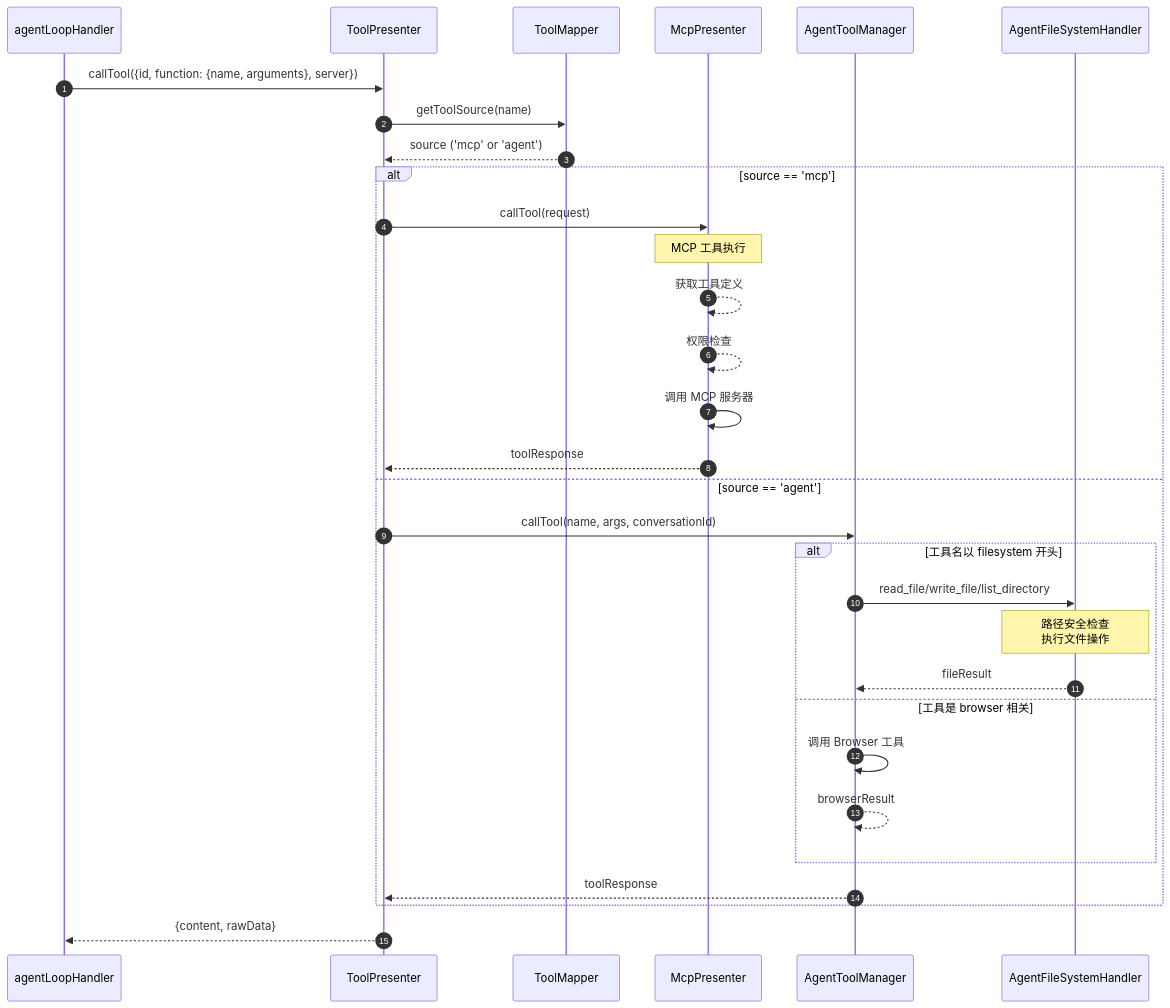
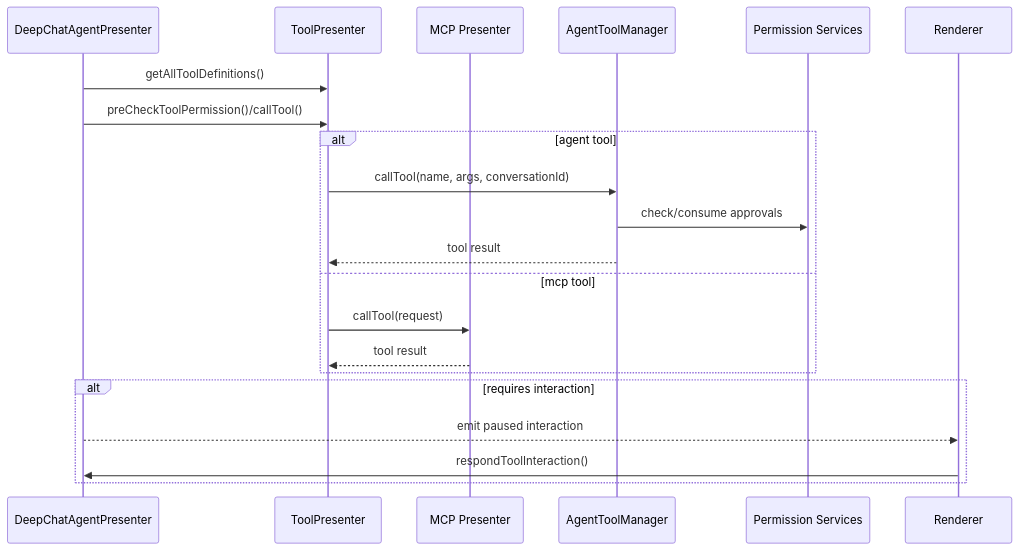
The third of 5 diagrams in docs/FLOWS.md (ThinkInAIXYZ/deepchat), drawn with Mermaid before and after one commit. The commit also changed other lines of this file and 116 other files, not shown here.

````diff
--- a/docs/FLOWS.md
+++ b/docs/FLOWS.md
@@ -250,39 +58,26 @@
 ```mermaid
 sequenceDiagram
-    autonumber
-    participant AgentLoop as agentLoopHandler
-    participant ToolP as ToolPresenter
-    participant Mapper as ToolMapper
-    participant McpP as McpPresenter
-    participant AgentToolMgr as AgentToolManager
-    participant FsHandler as AgentFileSystemHandler
+    participant D as DeepChatAgentPresenter
+    participant T as ToolPresenter
+    participant M as MCP Presenter
+    participant G as AgentToolManager
+    participant P as Permission Services
+    participant R as Renderer
 
-    AgentLoop->>ToolP: callTool({id, function: {name, arguments}, server})
+    D->>T: getAllToolDefinitions()
+    D->>T: preCheckToolPermission()/callTool()
 
-    ToolP->>Mapper: getToolSource(name)
-    Mapper-->>ToolP: source ('mcp' or 'agent')
-
-    alt source == 'mcp'
-        ToolP->>McpP: callTool(request)
-        Note over McpP: MCP 工具执行
-        McpP-->>McpP: 获取工具定义
-        McpP-->>McpP: 权限检查
-        McpP->>McpP: 调用 MCP 服务器
-        McpP-->>ToolP: toolResponse
-    else source == 'agent'
-        ToolP->>AgentToolMgr: callTool(name, args, conversationId)
-
-        alt 工具名以 filesystem 开头
-            AgentToolMgr->>FsHandler: read_file/write_file/list_directory
-            Note over FsHandler: 路径安全检查<br/>执行文件操作
-            FsHandler-->>AgentToolMgr: fileResult
-        else 工具是 browser 相关
-            AgentToolMgr->>AgentToolMgr: 调用 Browser 工具
-            AgentToolMgr-->>AgentToolMgr: browserResult
-        end
-
-        AgentToolMgr-->>ToolP: toolResponse
+    alt agent tool
+        T->>G: callTool(name, args, conversationId)
+        G->>P: check/consume approvals
+        G-->>T: tool result
+    else mcp tool
+        T->>M: callTool(request)
+        M-->>T: tool result
     end
 
-    ToolP-->>AgentLoop: {content, rawData}
+    alt requires interaction
+        D-->>R: emit paused interaction
+        R->>D: respondToolInteraction()
+    end
 ```
````
